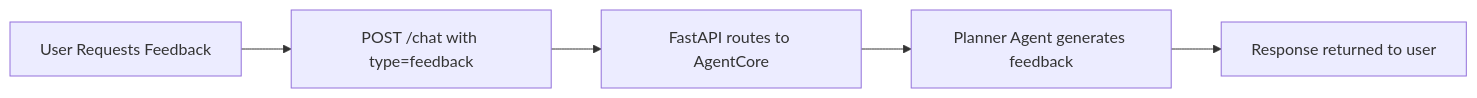
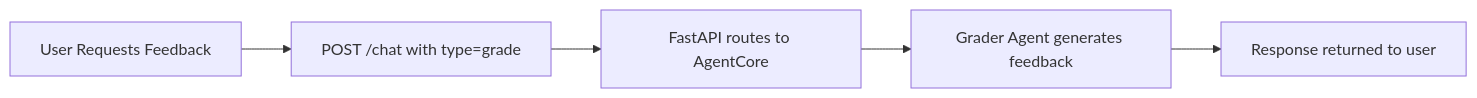
One commit to mohamedsorour1998/RosettaCloud changed the first of 6 diagrams in README.md. Above: the diagram before and after it, drawn with Mermaid. The commit also changed other lines of this file, not shown here.

First line of the commit message:
fix: correct factual inaccuracies in README architecture diagrams

````diff
--- a/README.md
+++ b/README.md
@@ -95,7 +95,7 @@
 ```mermaid
 graph LR
-    A[User Requests Feedback] --> B[POST /chat with type=feedback]
+    A[User Requests Feedback] --> B[POST /chat with type=grade]
     B --> C[FastAPI routes to AgentCore]
-    C --> D[Planner Agent generates feedback]
+    C --> D[Grader Agent generates feedback]
     D --> E[Response returned to user]
 ```
````
